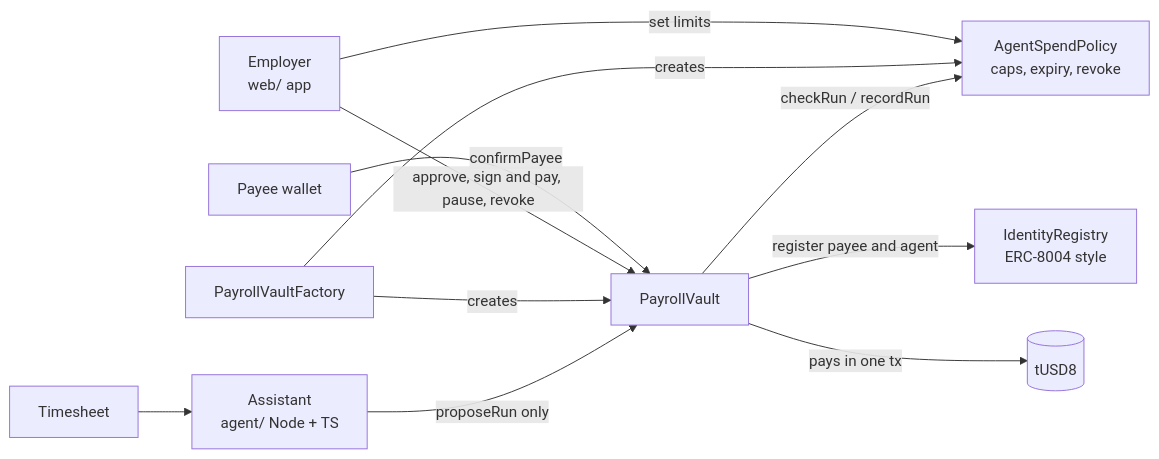
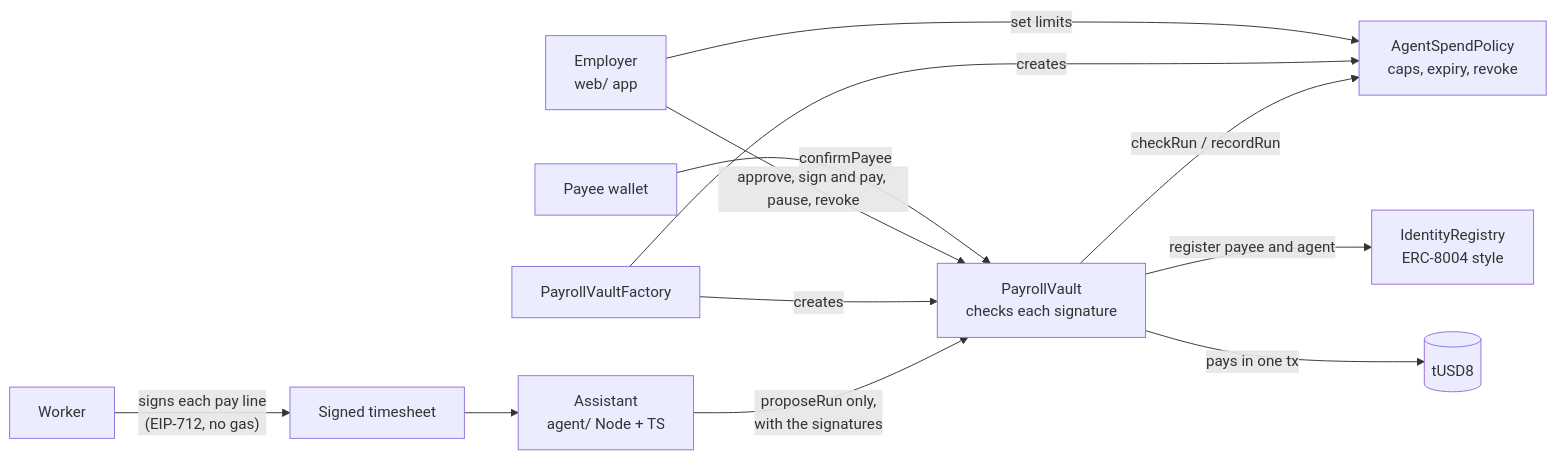
One commit to africtoby/paywarden changed the first of 2 diagrams in README.md. Above: the diagram before and after it, drawn with Mermaid. The commit also changed other lines of this file and 7 other files, not shown here.

Commit message:
Deploy factory with worker-signed pay lines; fresh on-chain proof; attack test 63/63

````diff
--- a/README.md
+++ b/README.md
@@ -100,13 +100,14 @@
 ```mermaid
 flowchart LR
-    TS[Timesheet] --> AG[Assistant<br/>agent/ Node + TS]
-    AG -- "proposeRun only" --> V[PayrollVault]
+    W[Worker] -- "signs each pay line<br/>(EIP-712, no gas)" --> TS[Signed timesheet]
+    TS --> AG[Assistant<br/>agent/ Node + TS]
+    AG -- "proposeRun only,<br/>with the signatures" --> V[PayrollVault<br/>checks each signature]
     V -- "checkRun / recordRun" --> P[AgentSpendPolicy<br/>caps, expiry, revoke]
     F[PayrollVaultFactory] -- creates --> V
     F -- creates --> P
     V -- "register payee and agent" --> IR[IdentityRegistry<br/>ERC-8004 style]
     V -- "pays in one tx" --> T[(tUSD8)]
     O[Employer<br/>web/ app] -- "approve, sign and pay, pause, revoke" --> V
     O -- "set limits" --> P
     PY[Payee wallet] -- "confirmPayee" --> V
 ```
````
